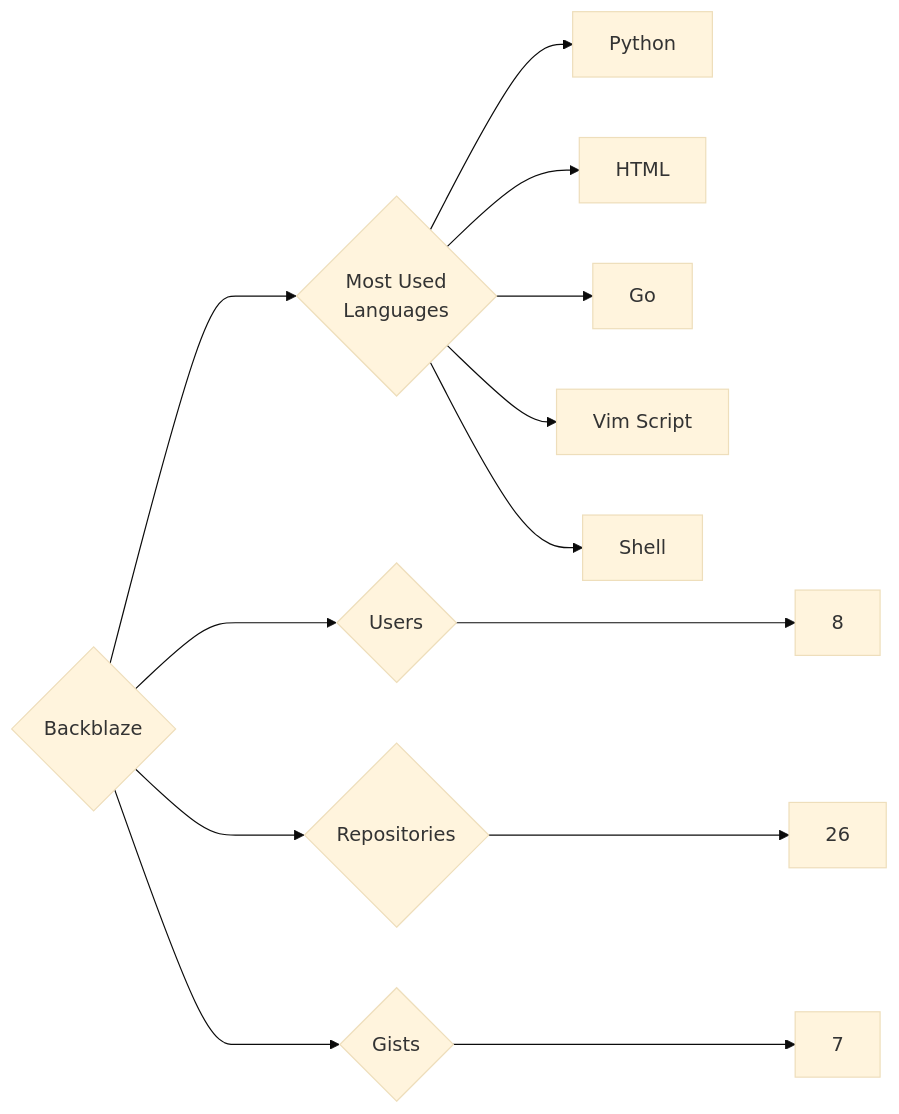
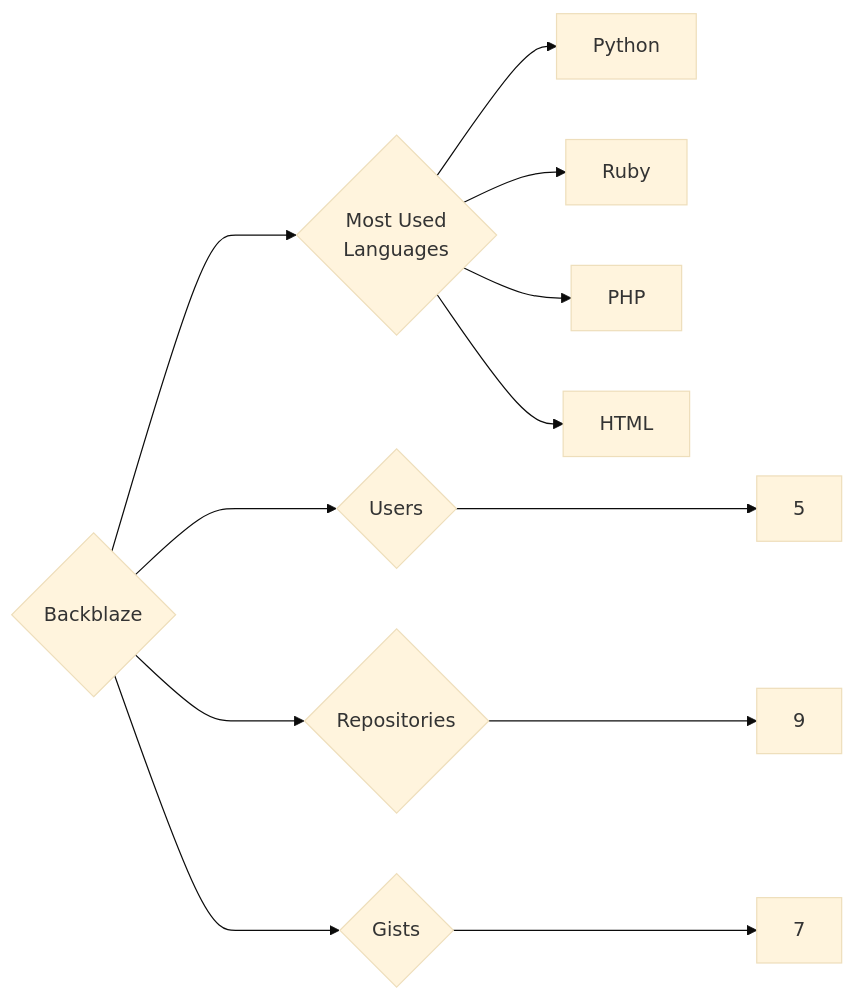
Before and after one commit to trickest/insiders: the diagram in targets/Backblaze/README.md, drawn with Mermaid (base theme). The commit also changed 880 other files, not shown here.

````diff
--- a/targets/Backblaze/README.md
+++ b/targets/Backblaze/README.md
@@ -3,13 +3,12 @@
 ```mermaid
 graph LR
 COMPANY_NAME{Backblaze}
-COMPANY_NAME ---> U{Users} ---> UN[8]
-COMPANY_NAME ---> R{Repositories} ---> RN[26]
+COMPANY_NAME ---> U{Users} ---> UN[5]
+COMPANY_NAME ---> R{Repositories} ---> RN[9]
 COMPANY_NAME ---> G{Gists} ---> GN[7]
 COMPANY_NAME ---> ML{Most Used<br>Languages}
 ML --> Python[Python]
+ML --> Ruby[Ruby]
+ML --> PHP[PHP]
 ML --> HTML[HTML]
-ML --> Go[Go]
-ML --> Vim_Script[Vim Script]
-ML --> Shell[Shell]
 ```
````
